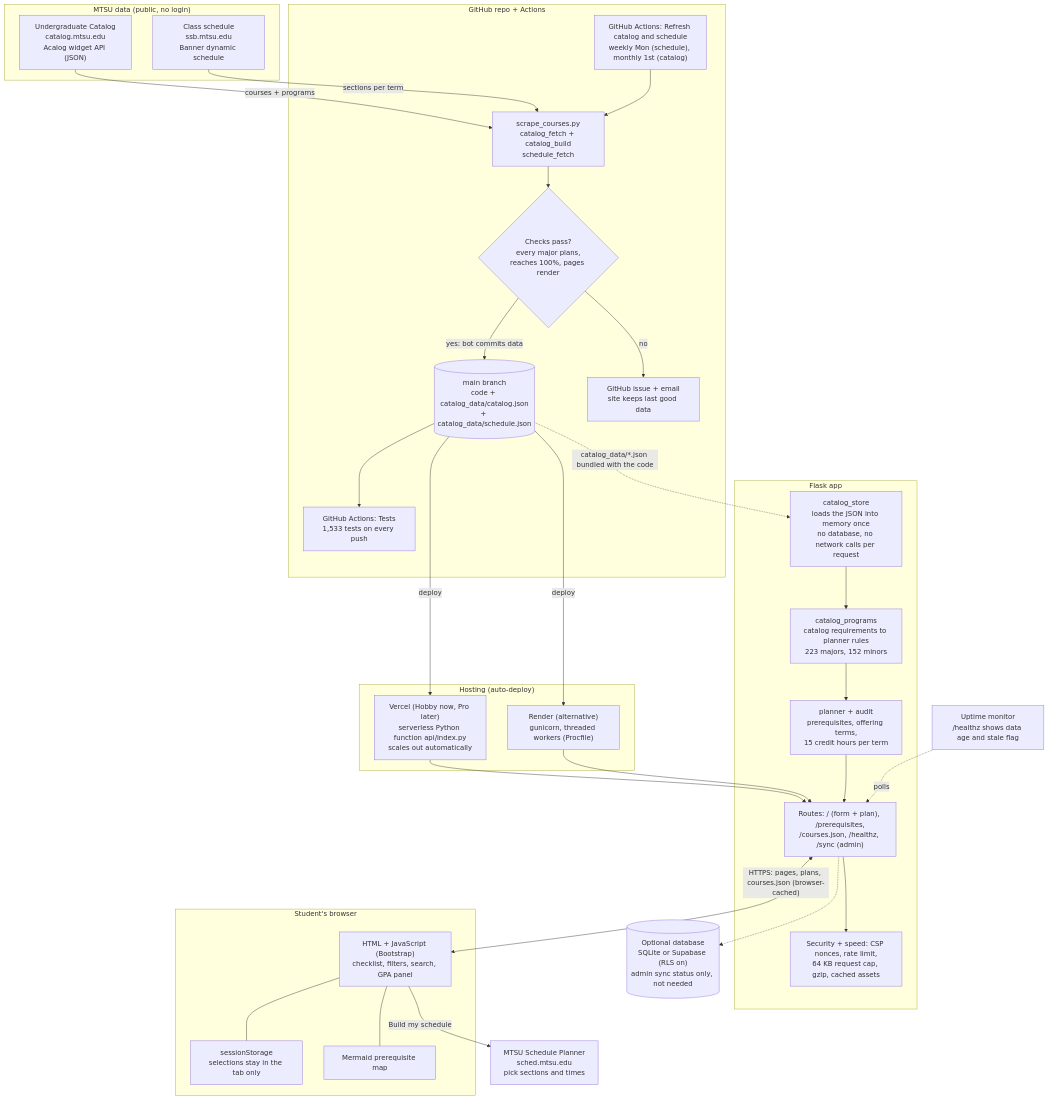
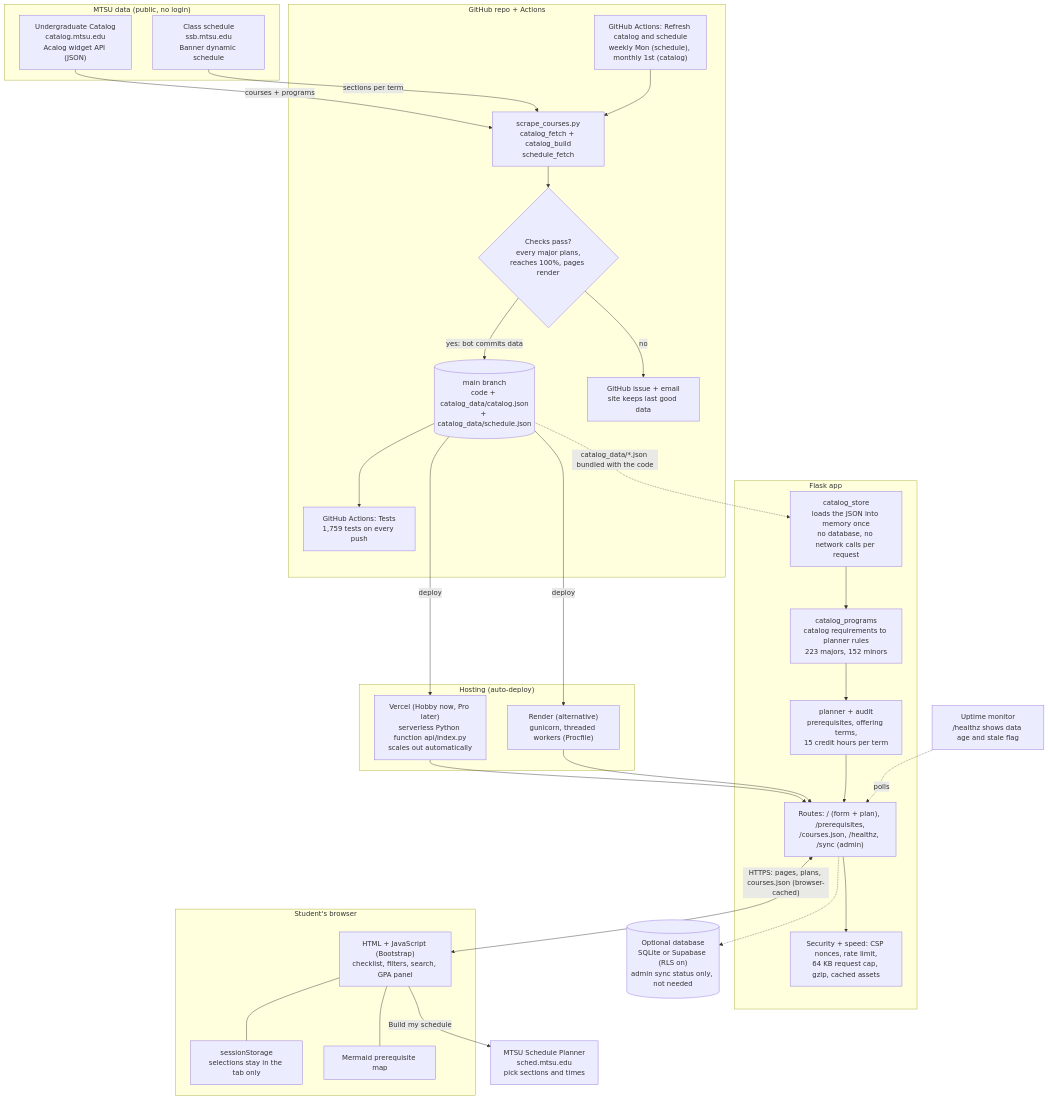
Before and after one commit to stevenGGG23/MTSU-GradPath: the diagram in README.md, drawn with Mermaid. The commit also changed other lines of this file and 6 other files, not shown here.

First line of the commit message:
Keep numbered course sequences in order (I before II, never the same term)

````diff
--- a/README.md
+++ b/README.md
@@ -245,60 +248,60 @@
 ```mermaid
 flowchart TB
     subgraph MTSU["MTSU data (public, no login)"]
         CAT["Undergraduate Catalog<br/>catalog.mtsu.edu<br/>Acalog widget API (JSON)"]
         SCH["Class schedule<br/>ssb.mtsu.edu<br/>Banner dynamic schedule"]
     end
 
     subgraph GH["GitHub repo + Actions"]
         REFRESH["GitHub Actions: Refresh catalog and schedule<br/>weekly Mon (schedule), monthly 1st (catalog)"]
         EXPORT["scrape_courses.py<br/>catalog_fetch + catalog_build<br/>schedule_fetch"]
         GATE{"Checks pass?<br/>every major plans,<br/>reaches 100%, pages render"}
         REPO[("main branch<br/>code + catalog_data/catalog.json<br/>+ catalog_data/schedule.json")]
         ISSUE["GitHub issue + email<br/>site keeps last good data"]
-        TESTS["GitHub Actions: Tests<br/>1,533 tests on every push"]
+        TESTS["GitHub Actions: Tests<br/>1,759 tests on every push"]
     end
 
     subgraph HOST["Hosting (auto-deploy)"]
         VERCEL["Vercel (Hobby now, Pro later)<br/>serverless Python function api/index.py<br/>scales out automatically"]
         RENDER["Render (alternative)<br/>gunicorn, threaded workers (Procfile)"]
     end
 
     subgraph APP["Flask app"]
         STORE["catalog_store<br/>loads the JSON into memory once<br/>no database, no network calls per request"]
         CONVERT["catalog_programs<br/>catalog requirements to planner rules<br/>223 majors, 152 minors"]
         PLAN["planner + audit<br/>prerequisites, offering terms,<br/>15 credit hours per term"]
         ROUTES["Routes: / (form + plan), /prerequisites,<br/>/courses.json, /healthz, /sync (admin)"]
         HARDEN["Security + speed: CSP nonces, rate limit,<br/>64 KB request cap, gzip, cached assets"]
     end
 
     subgraph USER["Student's browser"]
         PAGE["HTML + JavaScript (Bootstrap)<br/>checklist, filters, search, GPA panel"]
         LOCAL["sessionStorage<br/>selections stay in the tab only"]
         MERMAID["Mermaid prerequisite map"]
     end
 
     SP["MTSU Schedule Planner<br/>sched.mtsu.edu<br/>pick sections and times"]
 
     DB[("Optional database<br/>SQLite or Supabase (RLS on)<br/>admin sync status only, not needed")]
     MON["Uptime monitor<br/>/healthz shows data age and stale flag"]
 
     CAT -->|"courses + programs"| EXPORT
     SCH -->|"sections per term"| EXPORT
     REFRESH --> EXPORT --> GATE
     GATE -->|"yes: bot commits data"| REPO
     GATE -->|"no"| ISSUE
     REPO --> TESTS
     REPO -->|"deploy"| VERCEL
     REPO -->|"deploy"| RENDER
     VERCEL --> ROUTES
     RENDER --> ROUTES
     ROUTES --> HARDEN
     STORE --> CONVERT --> PLAN --> ROUTES
     REPO -.->|"catalog_data/*.json bundled with the code"| STORE
     ROUTES <-->|"HTTPS: pages, plans, courses.json (browser-cached)"| PAGE
     PAGE --- LOCAL
     PAGE --- MERMAID
     PAGE -->|"Build my schedule"| SP
     ROUTES -.-> DB
     MON -.->|"polls"| ROUTES
 ```
````
